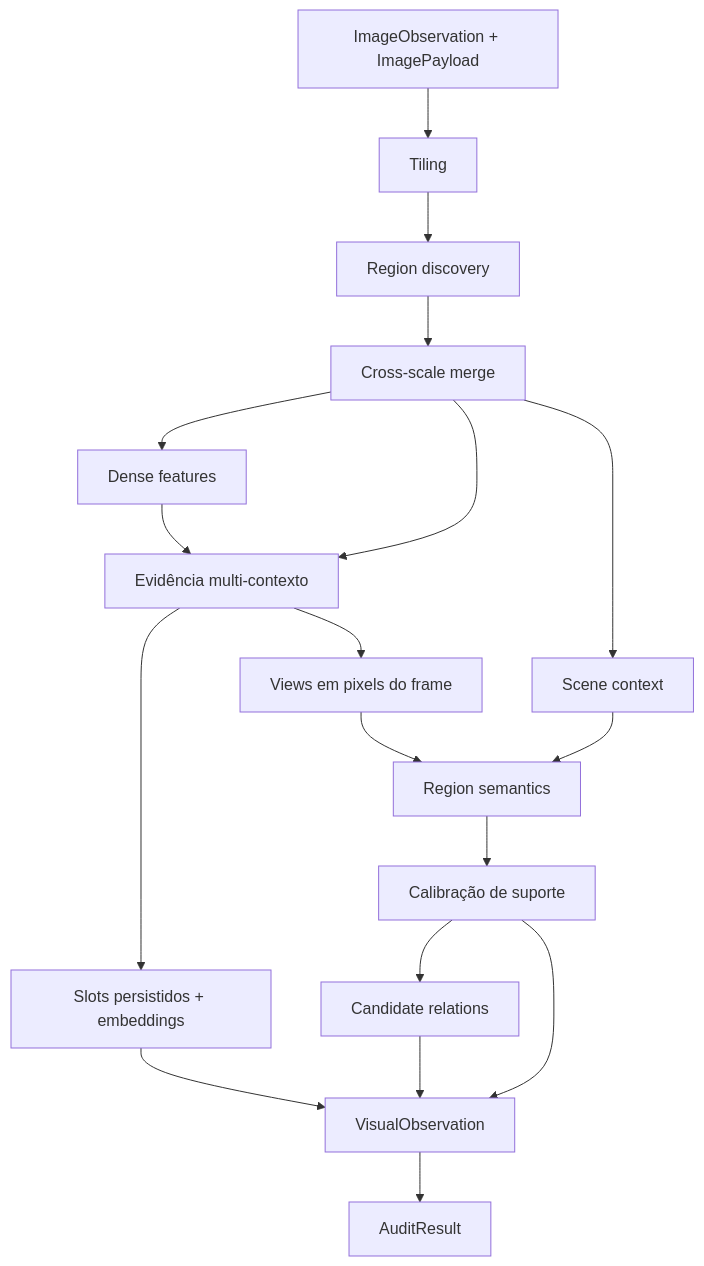
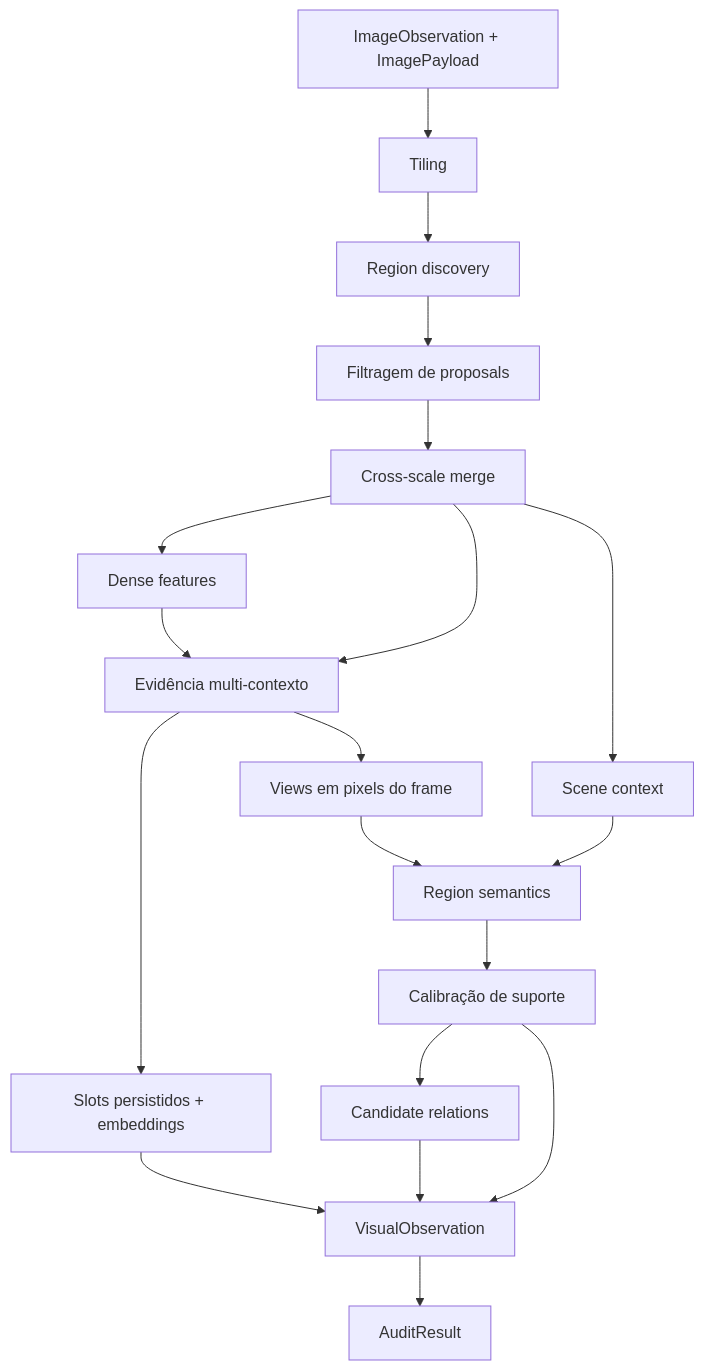
The diagram in modules/visual-perception/docs/pipelines.md (Alexandre-Tortoza/contextual-3d-mapping), drawn with Mermaid before and after one commit. The commit also changed other lines of this file and 325 other files, not shown here.

````diff
--- a/modules/visual-perception/docs/pipelines.md
+++ b/modules/visual-perception/docs/pipelines.md
@@ -195,20 +199,21 @@
 ```mermaid
 flowchart TD
     Input[ImageObservation + ImagePayload] --> Tiling[Tiling]
     Tiling --> Discovery[Region discovery]
-    Discovery --> Merge[Cross-scale merge]
+    Discovery --> Filter[Filtragem de proposals]
+    Filter --> Merge[Cross-scale merge]
     Merge --> Features[Dense features]
     Features --> Evidence[Evidência multi-contexto]
     Merge --> Evidence
     Evidence --> Slots[Slots persistidos + embeddings]
     Evidence --> Views[Views em pixels do frame]
     Merge --> Scene[Scene context]
     Views --> Semantics[Region semantics]
     Scene --> Semantics
     Semantics --> Calibration[Calibração de suporte]
     Calibration --> Relations[Candidate relations]
     Slots --> Output[VisualObservation]
     Relations --> Output
     Calibration --> Output
     Output --> Audit[AuditResult]
 ```
````
